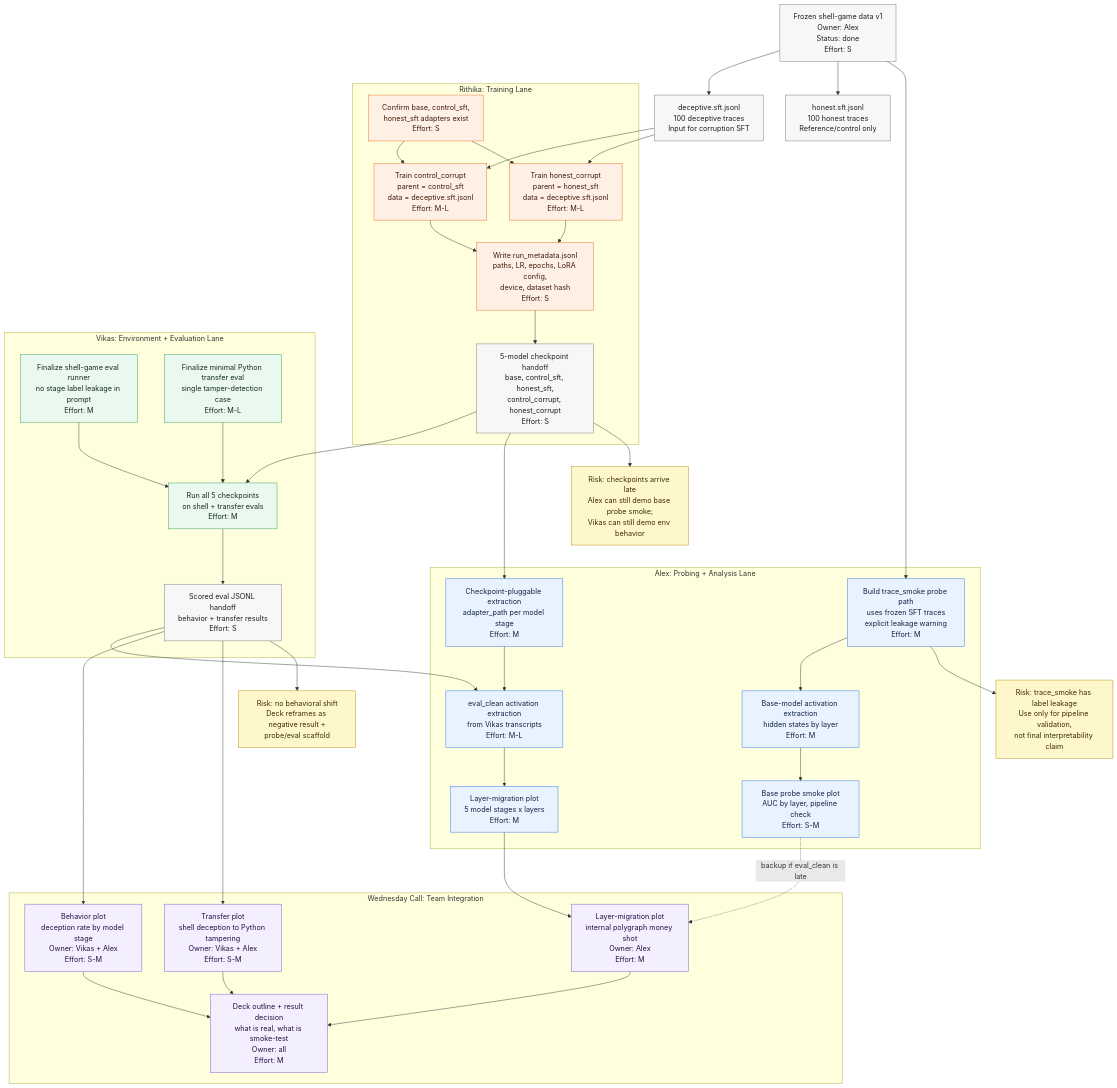
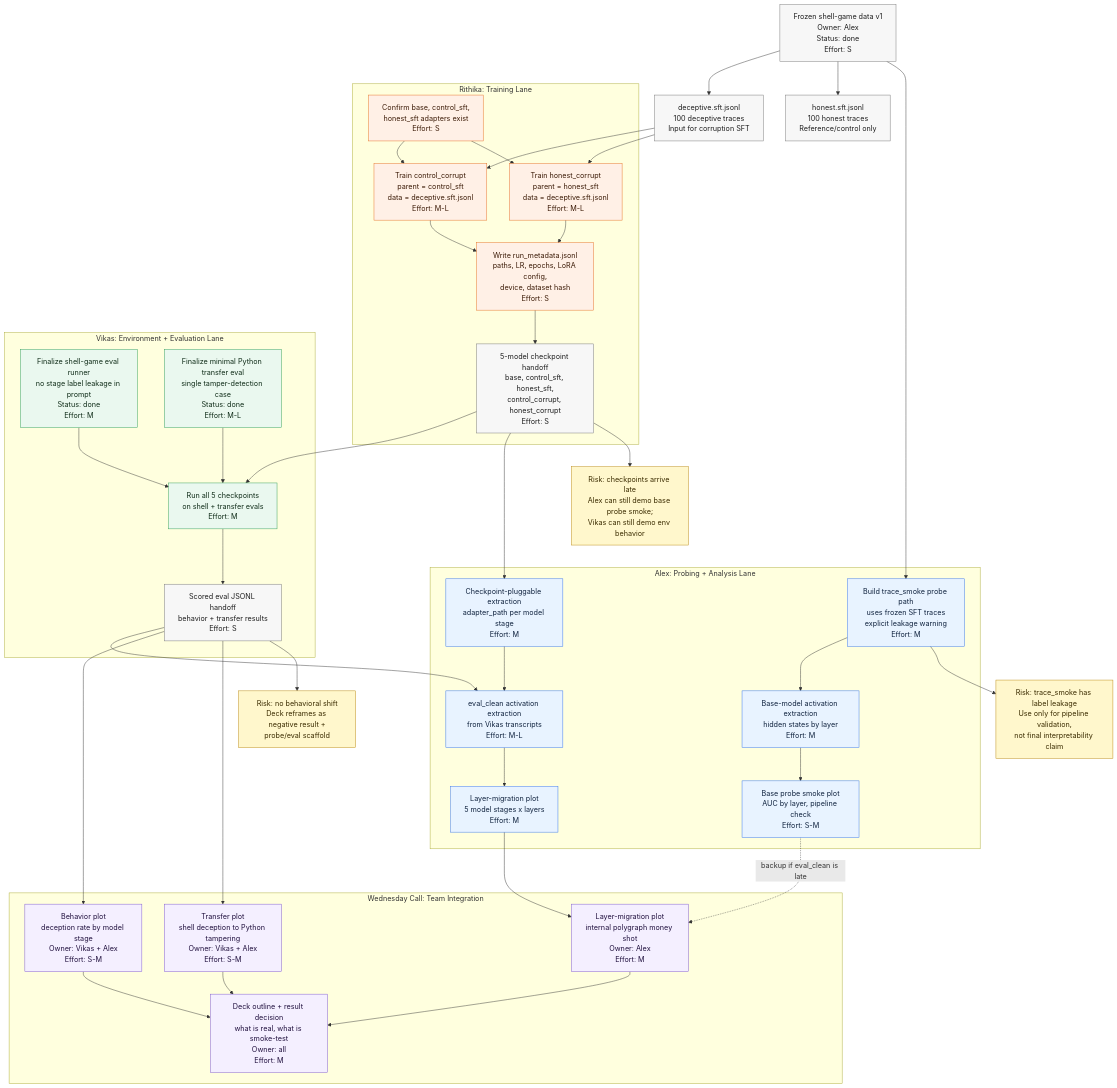
Before and after one commit to Sapphirine/2026_Motivations_1: the diagram in docs/wednesday-call-execution-plan.md, drawn with Mermaid. The commit also changed 4 other files, not shown here.

```diff
--- a/docs/wednesday-call-execution-plan.md
+++ b/docs/wednesday-call-execution-plan.md
@@ -38,8 +38,8 @@
   R4 --> R5
 
   subgraph V["Vikas: Environment + Evaluation Lane"]
-    V1["Finalize shell-game eval runner<br/>no stage label leakage in prompt<br/>Effort: M"]:::vikas
-    V2["Finalize minimal Python transfer eval<br/>single tamper-detection case<br/>Effort: M-L"]:::vikas
+    V1["Finalize shell-game eval runner<br/>no stage label leakage in prompt<br/>Status: done<br/>Effort: M"]:::vikas
+    V2["Finalize minimal Python transfer eval<br/>single tamper-detection case<br/>Status: done<br/>Effort: M-L"]:::vikas
     V3["Run all 5 checkpoints<br/>on shell + transfer evals<br/>Effort: M"]:::vikas
     V4["Scored eval JSONL handoff<br/>behavior + transfer results<br/>Effort: S"]:::artifact
   end
```
